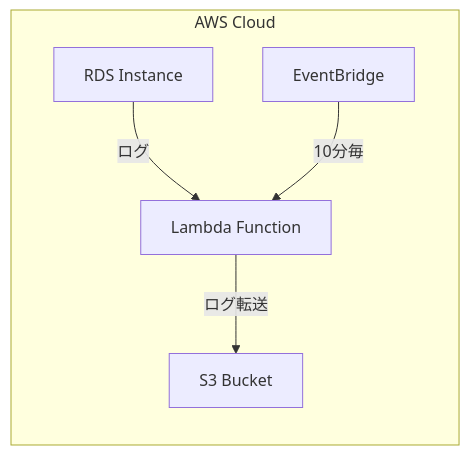
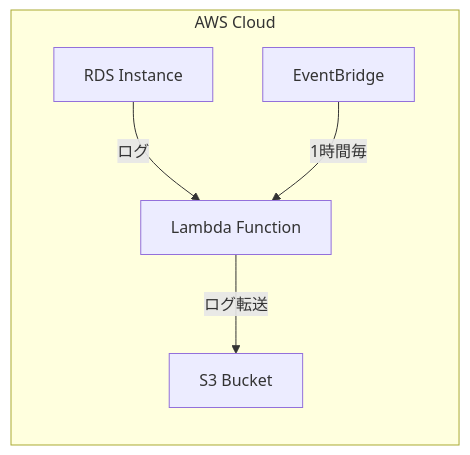
Before and after one commit to nix-tkobayashi/terraform-aws-rds-logs-collector: the diagram in README.md, drawn with Mermaid.

````diff
--- a/README.md
+++ b/README.md
@@ -7,13 +7,13 @@
 ```mermaid
 graph LR
     RDS[RDS Instance] -->|ログ| Lambda[Lambda Function]
     Lambda -->|ログ転送| S3[S3 Bucket]
-    ET[EventBridge]-->|10分毎| Lambda
+    ET[EventBridge]-->|1時間毎| Lambda
     
     subgraph AWS Cloud
         RDS
         Lambda
         S3
         ET
     end
 ```
````
